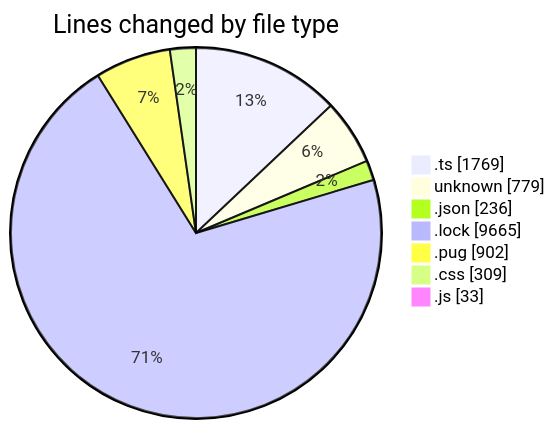
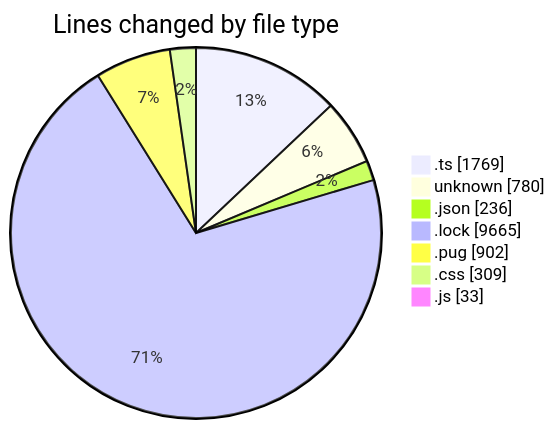
One commit to momahboobian/code-tracking changed the first of 2 diagrams in 2026-05-22/cda/README.md. Above: the diagram before and after it, drawn with Mermaid. The commit also changed other lines of this file and 1 other file, not shown here.

````diff
--- a/2026-05-22/cda/README.md
+++ b/2026-05-22/cda/README.md
@@ -39,11 +39,11 @@
 ```mermaid
 pie showData
 title Lines changed by file type
 ".ts" : 1769
-"unknown" : 779
+"unknown" : 780
 ".json" : 236
 ".lock" : 9665
 ".pug" : 902
 ".css" : 309
 ".js" : 33
 ```
````
